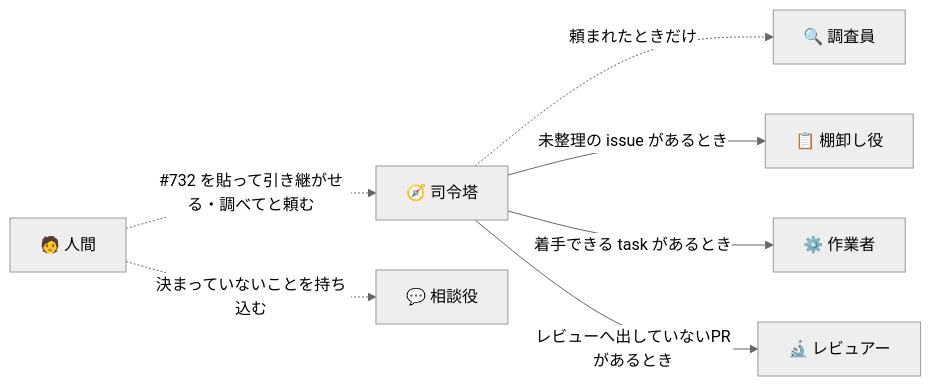
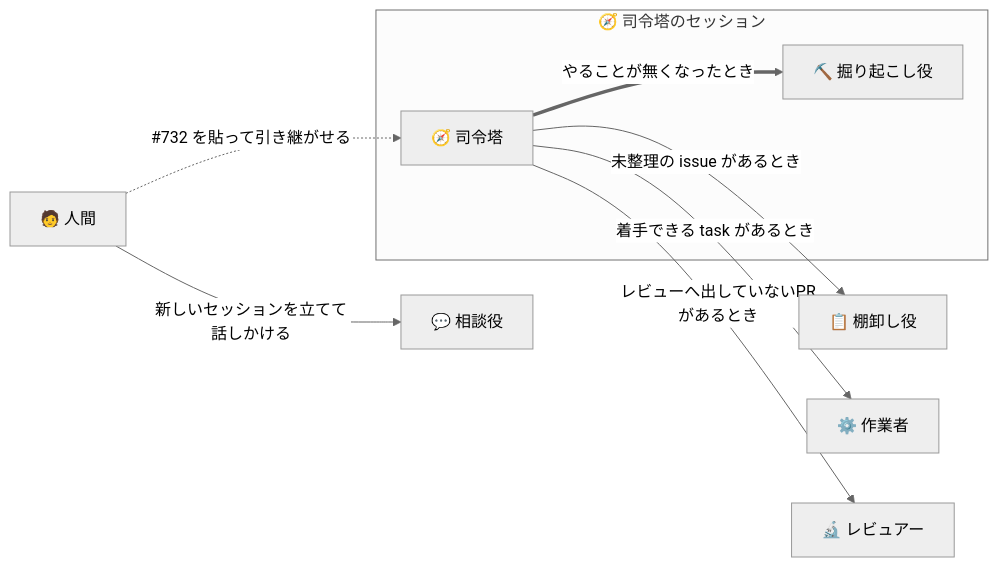
Before and after one commit to gooyyu1/UnmappedIsland: the first of 5 diagrams in docs/ParallelAgents.md, drawn with Mermaid (neutral theme). The commit also changed other lines of this file, not shown here.

````diff
--- a/docs/ParallelAgents.md
+++ b/docs/ParallelAgents.md
@@ -28,17 +28,20 @@
 ```mermaid
 flowchart LR
     Human["🧑 人間"]
-    Cmd["🧭 司令塔"]
     Adviser["💬 相談役"]
-    Scout["🔍 調査員"]
     Triage["📋 棚卸し役"]
     Worker["⚙️ 作業者"]
     Reviewer["🔬 レビュアー"]
 
-    Human -.->|"決まっていないことを持ち込む"| Adviser
-    Human -.->|"#732 を貼って引き継がせる・調べてと頼む"| Cmd
-    Cmd -.->|"頼まれたときだけ"| Scout
+    subgraph CmdSession["🧭 司令塔のセッション"]
+        Cmd["🧭 司令塔"]
+        Digger["⛏️ 掘り起こし役"]
+    end
+
+    Human -->|"新しいセッションを立てて話しかける"| Adviser
+    Human -.->|"#732 を貼って引き継がせる"| Cmd
+    Cmd ==>|"やることが無くなったとき"| Digger
     Cmd -->|"未整理の issue があるとき"| Triage
     Cmd -->|"着手できる task があるとき"| Worker
     Cmd -->|"レビューへ出していないPRがあるとき"| Reviewer
 ```
````
